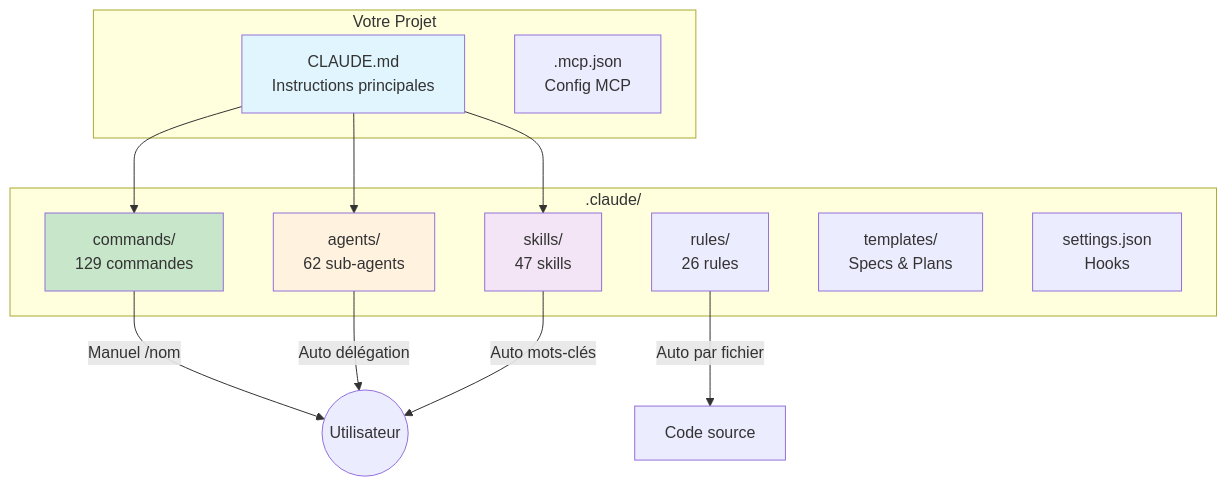
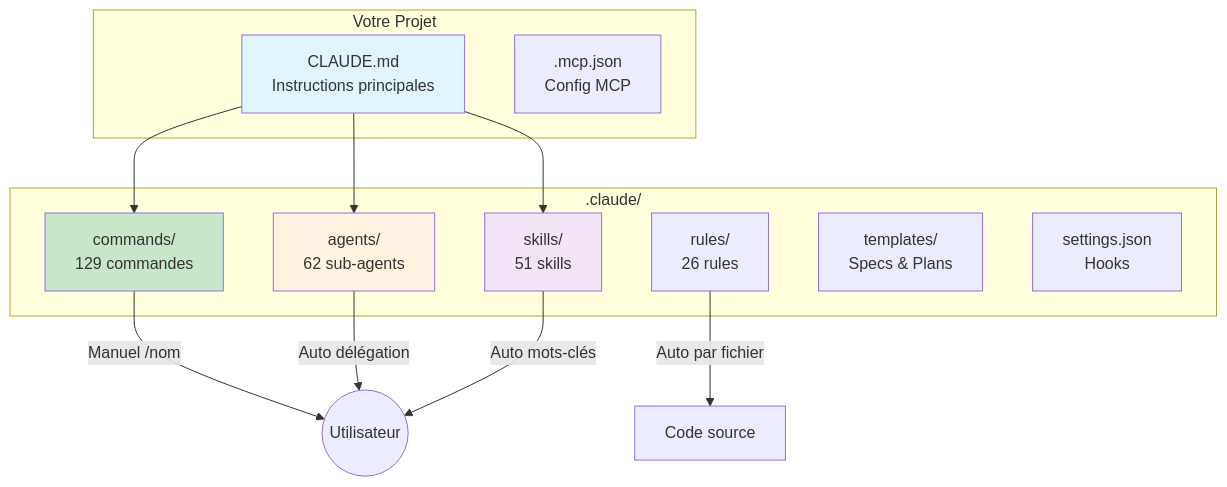
The first of 2 diagrams in website/docs/intro/architecture.md (christopherlouet/claude-base), drawn with Mermaid before and after one commit. The commit also changed other lines of this file and 1 other file, not shown here.

````diff
--- a/website/docs/intro/architecture.md
+++ b/website/docs/intro/architecture.md
@@ -15,30 +15,30 @@
 ```mermaid
 graph TB
     subgraph "Votre Projet"
         CLAUDE[CLAUDE.md<br/>Instructions principales]
         MCP[.mcp.json<br/>Config MCP]
     end
 
     subgraph ".claude/"
         CMDS[commands/<br/>129 commandes]
         AGENTS[agents/<br/>62 sub-agents]
-        SKILLS[skills/<br/>47 skills]
+        SKILLS[skills/<br/>51 skills]
         RULES[rules/<br/>26 rules]
         TPL[templates/<br/>Specs & Plans]
         SETTINGS[settings.json<br/>Hooks]
     end
 
     CLAUDE --> CMDS
     CLAUDE --> AGENTS
     CLAUDE --> SKILLS
 
     CMDS --> |"Manuel /nom"| USER((Utilisateur))
     AGENTS --> |"Auto délégation"| USER
     SKILLS --> |"Auto mots-clés"| USER
     RULES --> |"Auto par fichier"| CODE[Code source]
 
     style CLAUDE fill:#e1f5fe
     style CMDS fill:#c8e6c9
     style AGENTS fill:#fff3e0
     style SKILLS fill:#f3e5f5
 ```
````
